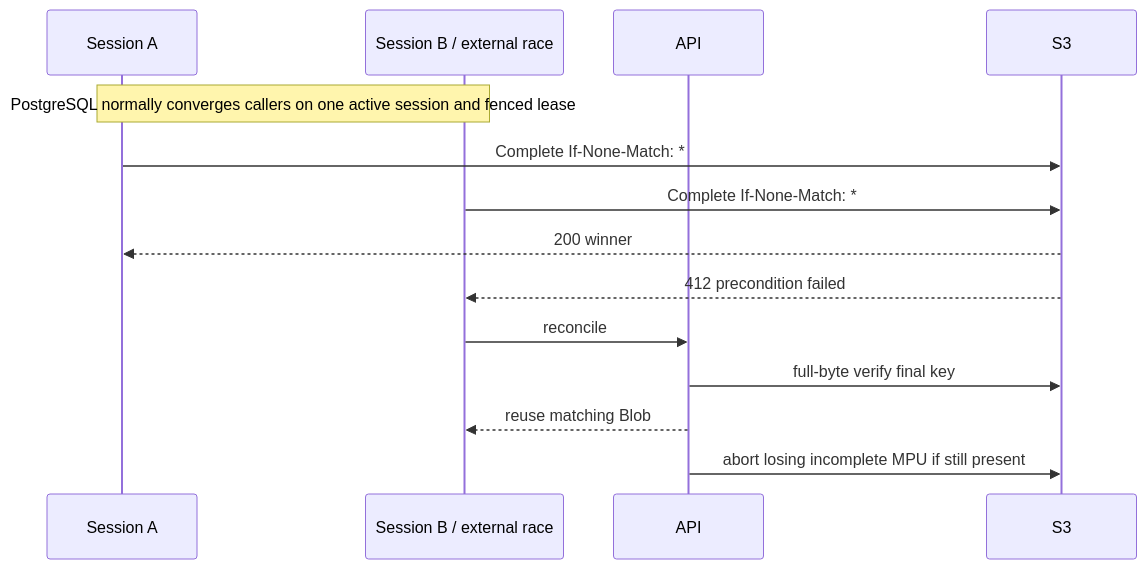
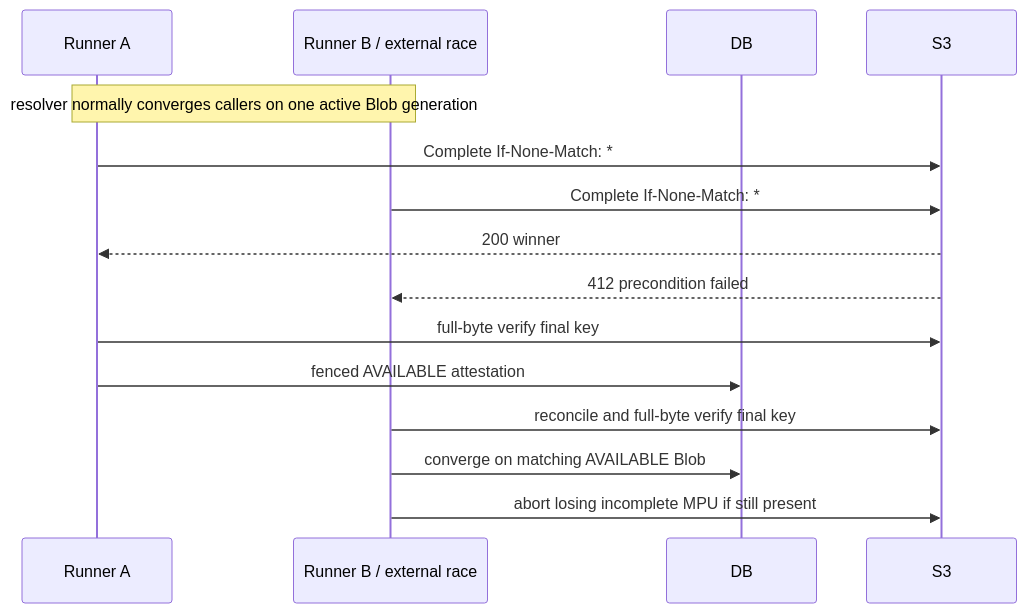
The eighth of 10 diagrams in docs/M2_MULTIPART_ARCHITECTURE.md (zbnerd/RoboLake), drawn with Mermaid before and after one commit. The commit also changed other lines of this file and 15 other files, not shown here.

````diff
--- a/docs/M2_MULTIPART_ARCHITECTURE.md
+++ b/docs/M2_MULTIPART_ARCHITECTURE.md
@@ -344,16 +485,17 @@
 ```mermaid
 sequenceDiagram
-    participant A as Session A
-    participant B as Session B / external race
-    participant API
+    participant A as Runner A
+    participant B as Runner B / external race
+    participant DB
     participant S3
-    Note over A,B: PostgreSQL normally converges callers on one active session and fenced lease
+    Note over A,B: resolver normally converges callers on one active Blob generation
     A->>S3: Complete If-None-Match: *
     B->>S3: Complete If-None-Match: *
     S3-->>A: 200 winner
     S3-->>B: 412 precondition failed
-    B->>API: reconcile
-    API->>S3: full-byte verify final key
-    API-->>B: reuse matching Blob
-    API->>S3: abort losing incomplete MPU if still present
+    A->>S3: full-byte verify final key
+    A->>DB: fenced AVAILABLE attestation
+    B->>S3: reconcile and full-byte verify final key
+    B->>DB: converge on matching AVAILABLE Blob
+    B->>S3: abort losing incomplete MPU if still present
 ```
````
